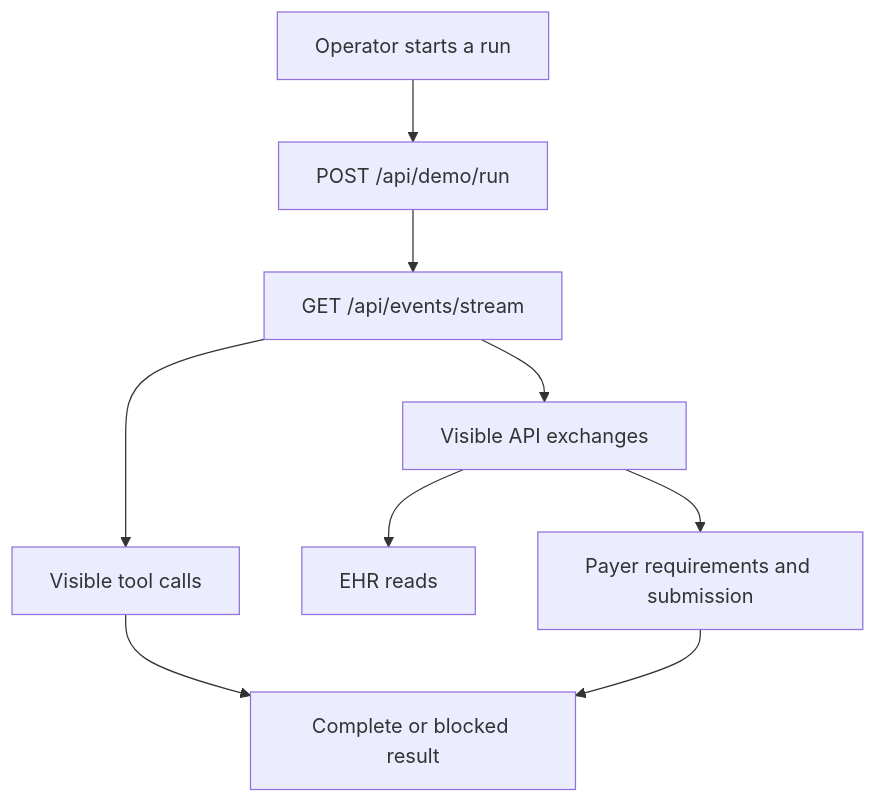
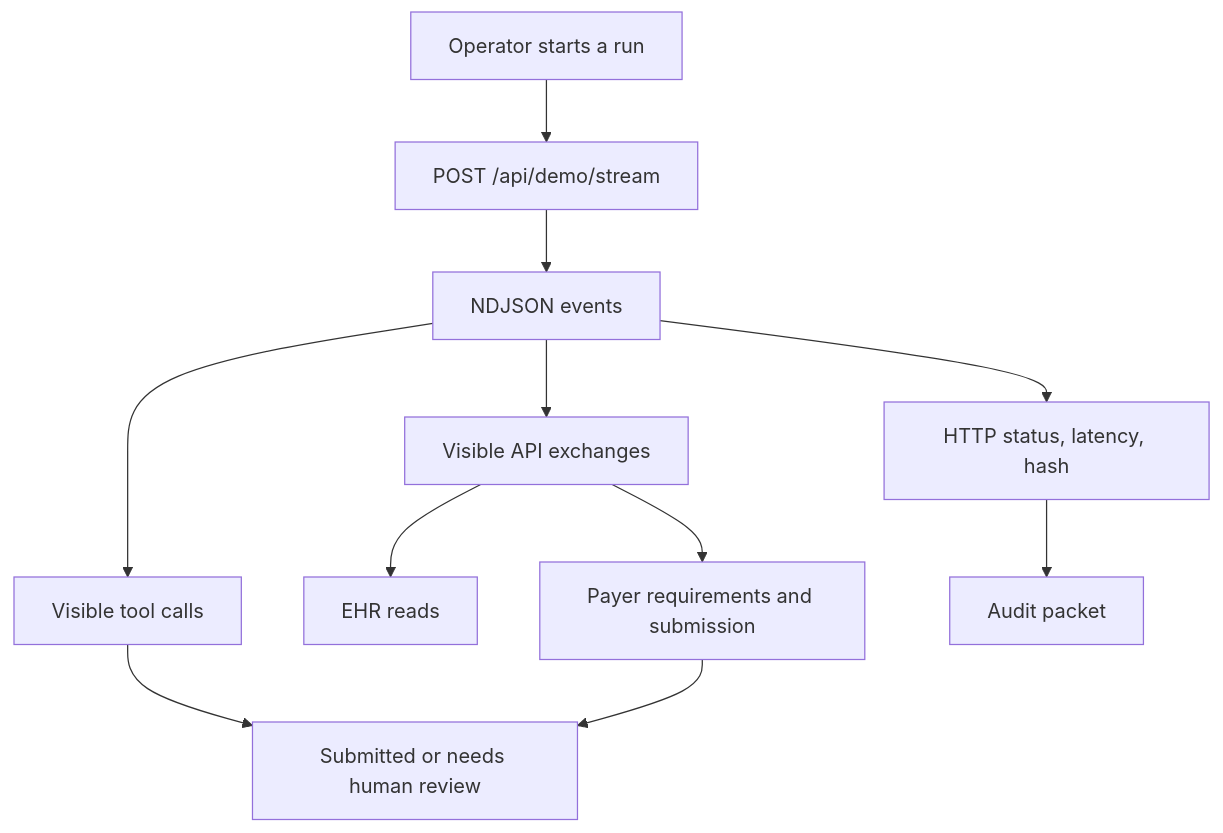
The second of 2 diagrams in docs/api-reference.md (roshaninfordham/healthagentpassport), drawn with Mermaid before and after one commit. The commit also changed other lines of this file and 34 other files, not shown here.

````diff
--- a/docs/api-reference.md
+++ b/docs/api-reference.md
@@ -20,11 +21,13 @@
 ```mermaid
 flowchart TD
-  Start["Operator starts a run"] --> RunApi["POST /api/demo/run"]
-  RunApi --> Events["GET /api/events/stream"]
+  Start["Operator starts a run"] --> StreamApi["POST /api/demo/stream"]
+  StreamApi --> Events["NDJSON events"]
   Events --> ToolCalls["Visible tool calls"]
   Events --> ApiCalls["Visible API exchanges"]
+  Events --> Proof["HTTP status, latency, hash"]
   ApiCalls --> EHR["EHR reads"]
   ApiCalls --> Payer["Payer requirements and submission"]
-  ToolCalls --> Result["Complete or blocked result"]
+  Proof --> Packet["Audit packet"]
+  ToolCalls --> Result["Submitted or needs human review"]
   Payer --> Result
 ```
````
